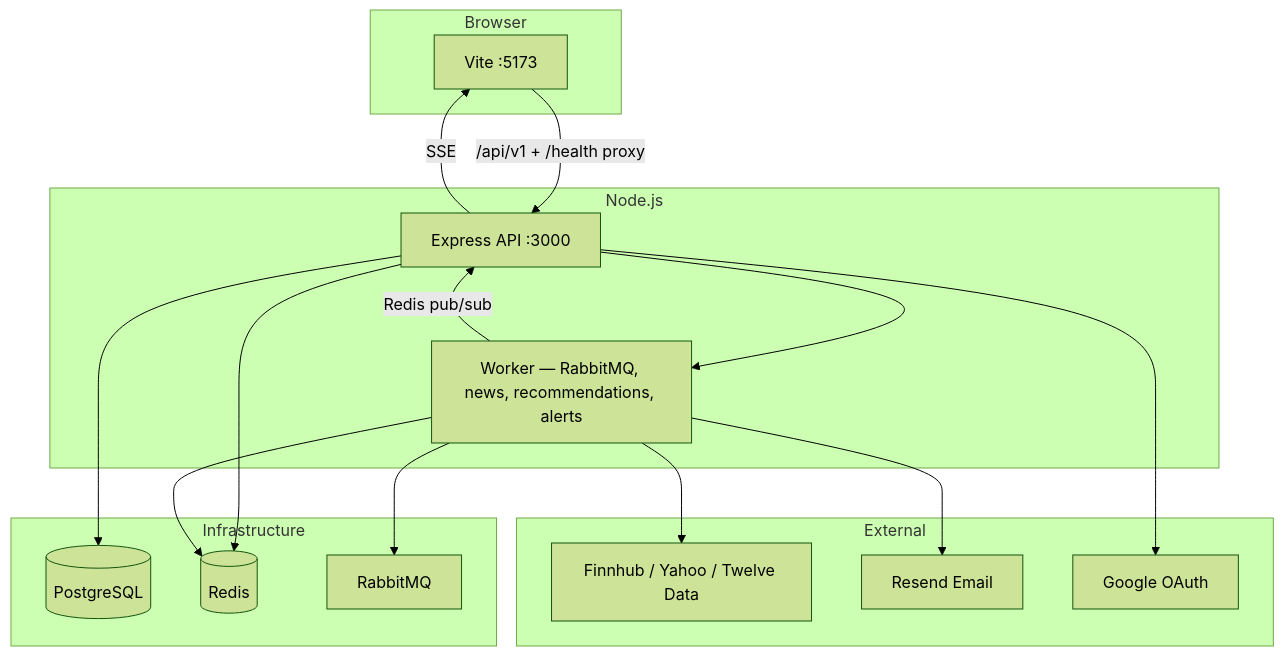
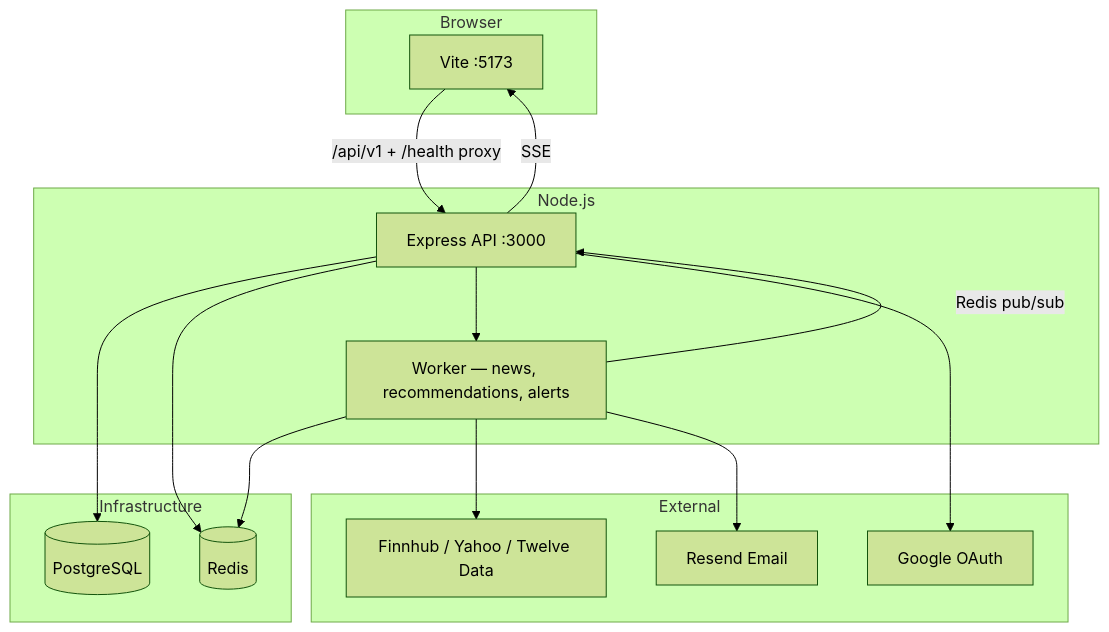
Before and after one commit to orimazrafi/trading-signal: the diagram in README.md, drawn with Mermaid (forest theme). The commit also changed other lines of this file and 35 other files, not shown here.

````diff
--- a/README.md
+++ b/README.md
@@ -71,35 +71,33 @@
 ```mermaid
 flowchart TB
   subgraph browser [Browser]
     Client[Vite :5173]
   end
 
   subgraph node [Node.js]
     Server[Express API :3000]
-    Worker[Worker — RabbitMQ, news, recommendations, alerts]
+    Worker[Worker — news, recommendations, alerts]
   end
 
   subgraph data [Infrastructure]
     PG[(PostgreSQL)]
     Redis[(Redis)]
-    RMQ[RabbitMQ]
   end
 
   subgraph external [External]
     Finnhub[Finnhub / Yahoo / Twelve Data]
     Resend[Resend Email]
     Google[Google OAuth]
   end
 
   Client -->|/api/v1 + /health proxy| Server
   Server --> PG
   Server --> Redis
   Server --> Worker
-  Worker --> RMQ
   Worker --> Redis
   Worker --> Finnhub
   Worker --> Resend
   Worker -->|Redis pub/sub| Server
   Server --> Google
   Server -->|SSE| Client
 ```
````
